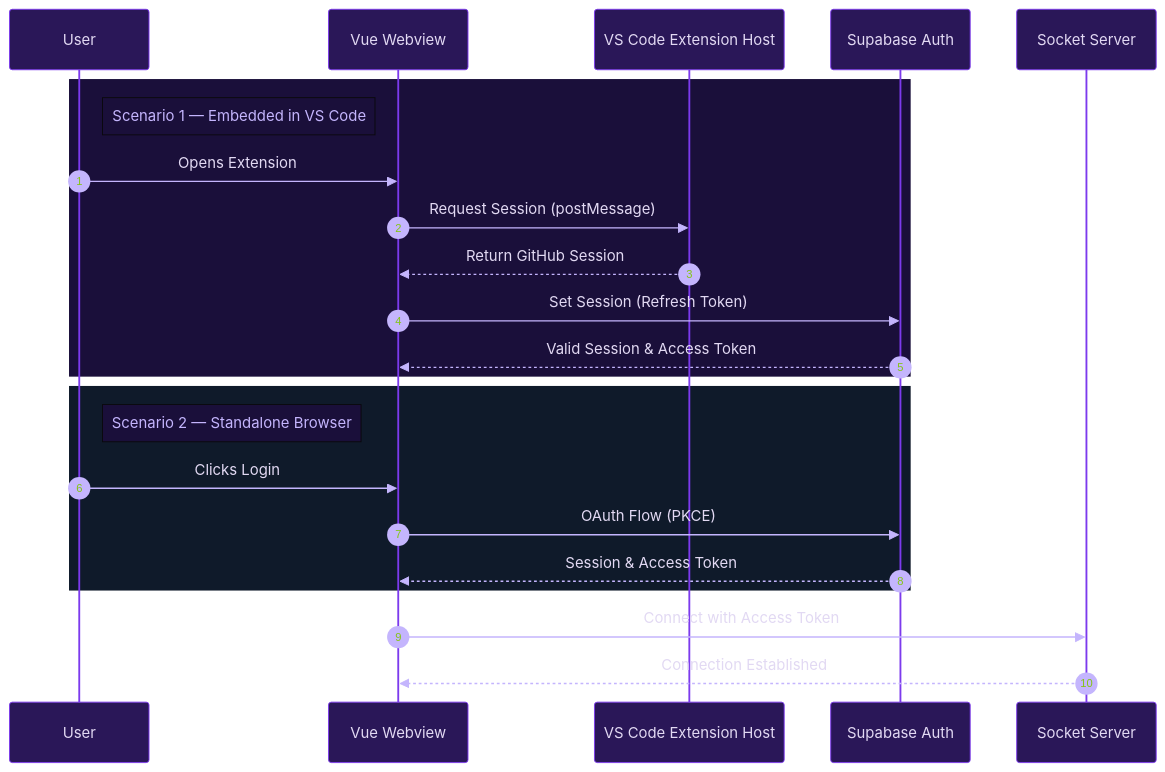
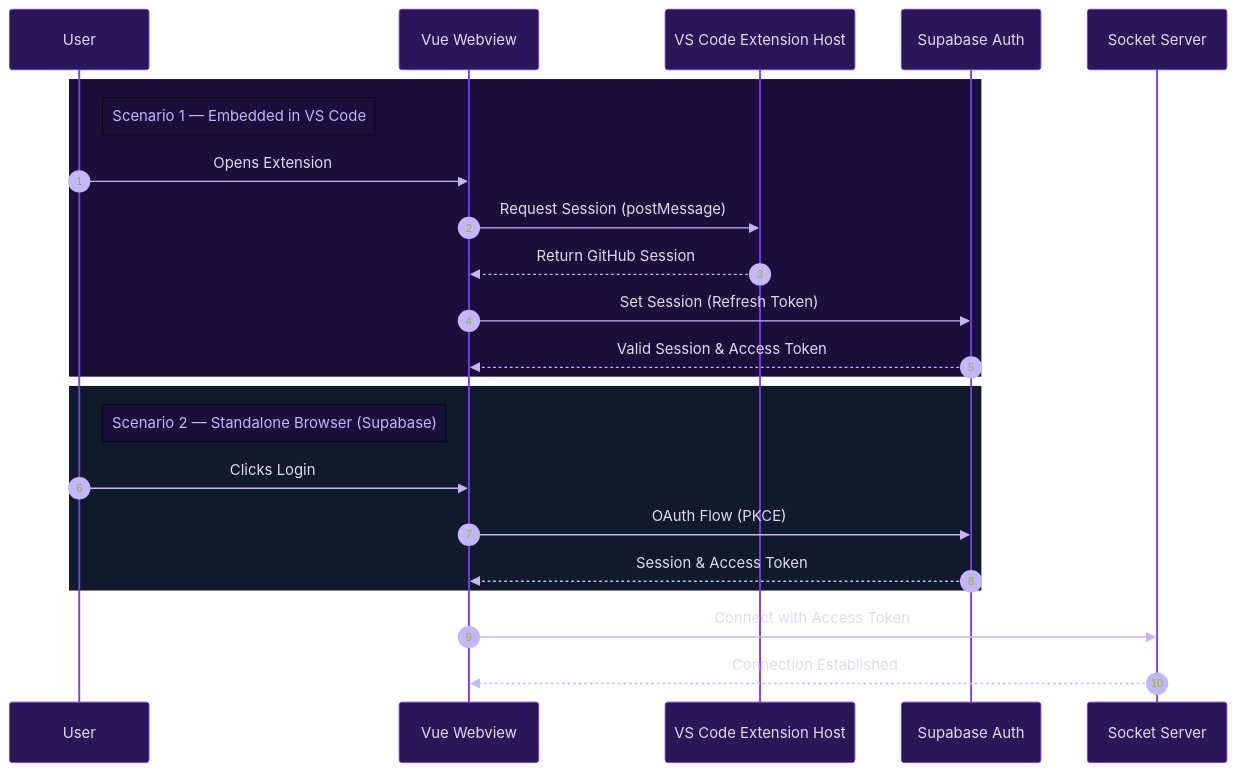
One commit to BabaDeluxe/babadeluxe-webview changed the diagram in docs/AUTH.md. Above: the diagram before and after it, drawn with Mermaid. The commit also changed other lines of this file and 4 other files, not shown here.

````diff
--- a/docs/AUTH.md
+++ b/docs/AUTH.md
@@ -29,29 +40,29 @@
 ```mermaid
 %%{init: {'theme': 'base', 'themeVariables': {'background': '#13111a', 'primaryColor': '#2a1758', 'primaryTextColor': '#e2d9f3', 'primaryBorderColor': '#7c3aed', 'lineColor': '#7c3aed', 'secondaryColor': '#1a0f3a', 'actorBkg': '#2a1758', 'actorBorder': '#7c3aed', 'actorTextColor': '#e2d9f3', 'signalColor': '#c4b5fd', 'signalTextColor': '#e2d9f3', 'noteBkgColor': '#1a0f3a', 'noteTextColor': '#c4b5fd', 'fontFamily': 'monospace'}}}%%
 sequenceDiagram
     autonumber
     participant User
     participant Webview as Vue Webview
     participant Bridge as VS Code Extension Host
     participant Supabase as Supabase Auth
     participant Socket as Socket Server
 
     rect rgb(26, 15, 58)
         note right of User: Scenario 1 — Embedded in VS Code
         User->>Webview: Opens Extension
         Webview->>Bridge: Request Session (postMessage)
         Bridge-->>Webview: Return GitHub Session
         Webview->>Supabase: Set Session (Refresh Token)
         Supabase-->>Webview: Valid Session & Access Token
     end
 
     rect rgb(15, 26, 42)
-        note right of User: Scenario 2 — Standalone Browser
+        note right of User: Scenario 2 — Standalone Browser (Supabase)
         User->>Webview: Clicks Login
         Webview->>Supabase: OAuth Flow (PKCE)
         Supabase-->>Webview: Session & Access Token
     end
 
     Webview->>Socket: Connect with Access Token
     Socket-->>Webview: Connection Established
 ```
````
